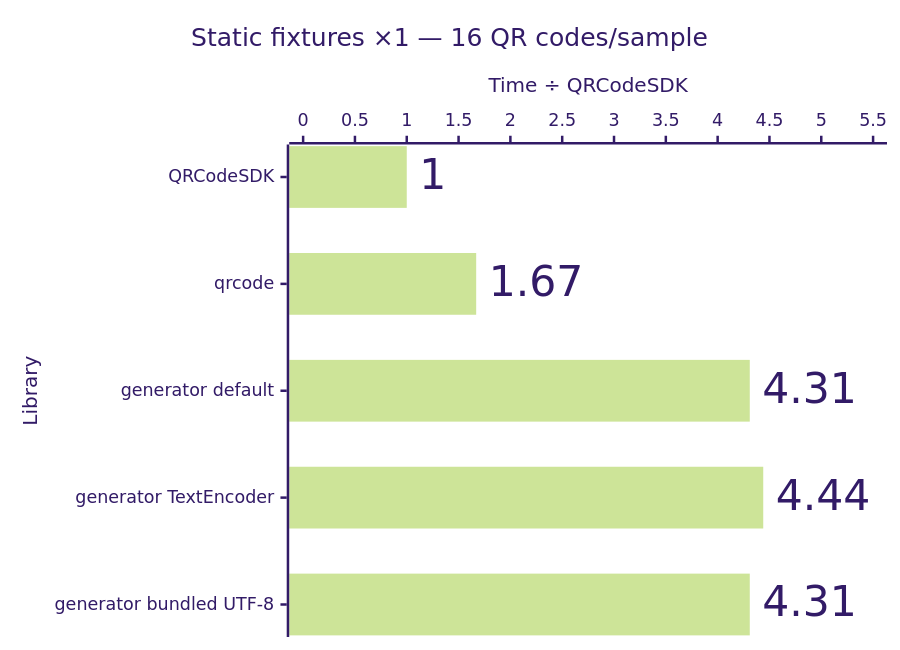
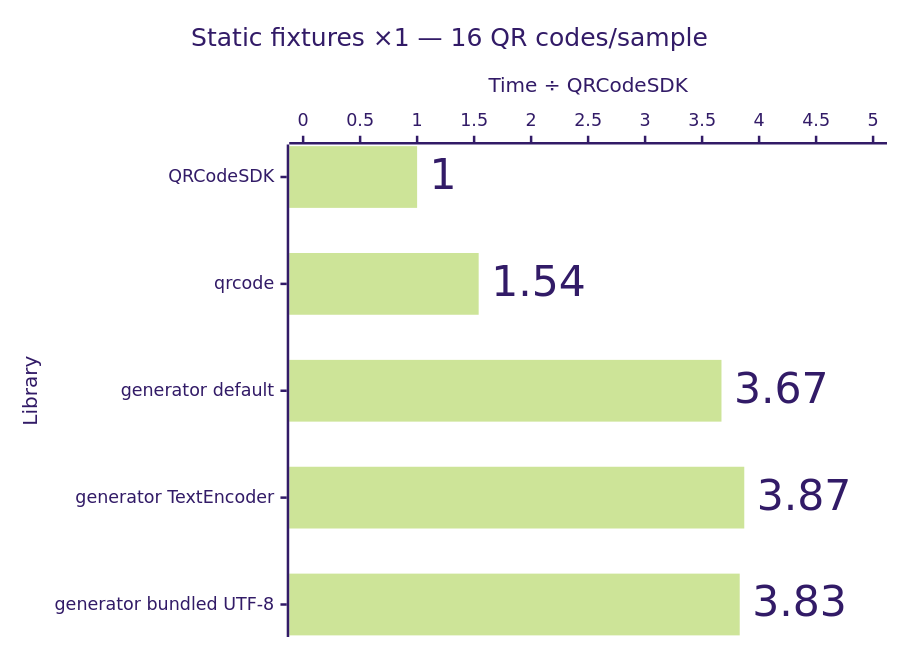
Before and after one commit to Dafnik/qrcodesdk: the first of 12 diagrams in apps/docs/src/content/docs/advanced/performance.md, drawn with Mermaid (forest theme). The commit also changed other lines of this file and 5 other files, not shown here.

````diff
--- a/apps/docs/src/content/docs/advanced/performance.md
+++ b/apps/docs/src/content/docs/advanced/performance.md
@@ -25,15 +25,15 @@
 ```mermaid
 ---
 config:
   xyChart:
     showDataLabel: true
     showDataLabelOutsideBar: true
 ---
 xychart horizontal
   accTitle: Matrix generation: Static fixtures ×1 — 16 QR codes/sample
-  accDescr: Relative median time compared with QRCodeSDK. QRCodeSDK 1.00 times, qrcode 1.67 times, generator default 4.31 times, generator TextEncoder 4.44 times, generator bundled UTF-8 4.31 times. Lower is better.
+  accDescr: Relative median time compared with QRCodeSDK. QRCodeSDK 1.00 times, qrcode 1.54 times, generator default 3.67 times, generator TextEncoder 3.87 times, generator bundled UTF-8 3.83 times. Lower is better.
   title "Static fixtures ×1 — 16 QR codes/sample"
   x-axis "Library" ["QRCodeSDK", "qrcode", "generator default", "generator TextEncoder", "generator bundled UTF-8"]
-  y-axis "Time ÷ QRCodeSDK" 0 --> 5.5
-  bar [1.00, 1.67, 4.31, 4.44, 4.31]
+  y-axis "Time ÷ QRCodeSDK" 0 --> 5.0
+  bar [1.00, 1.54, 3.67, 3.87, 3.83]
 ```
````
